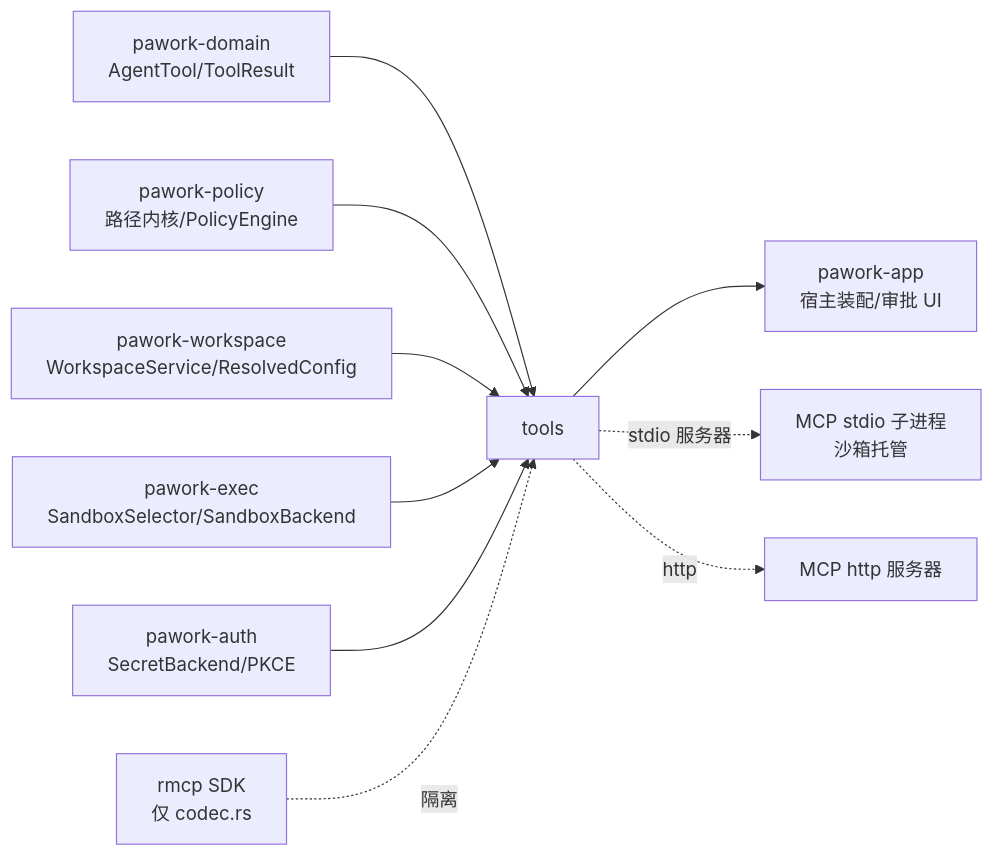
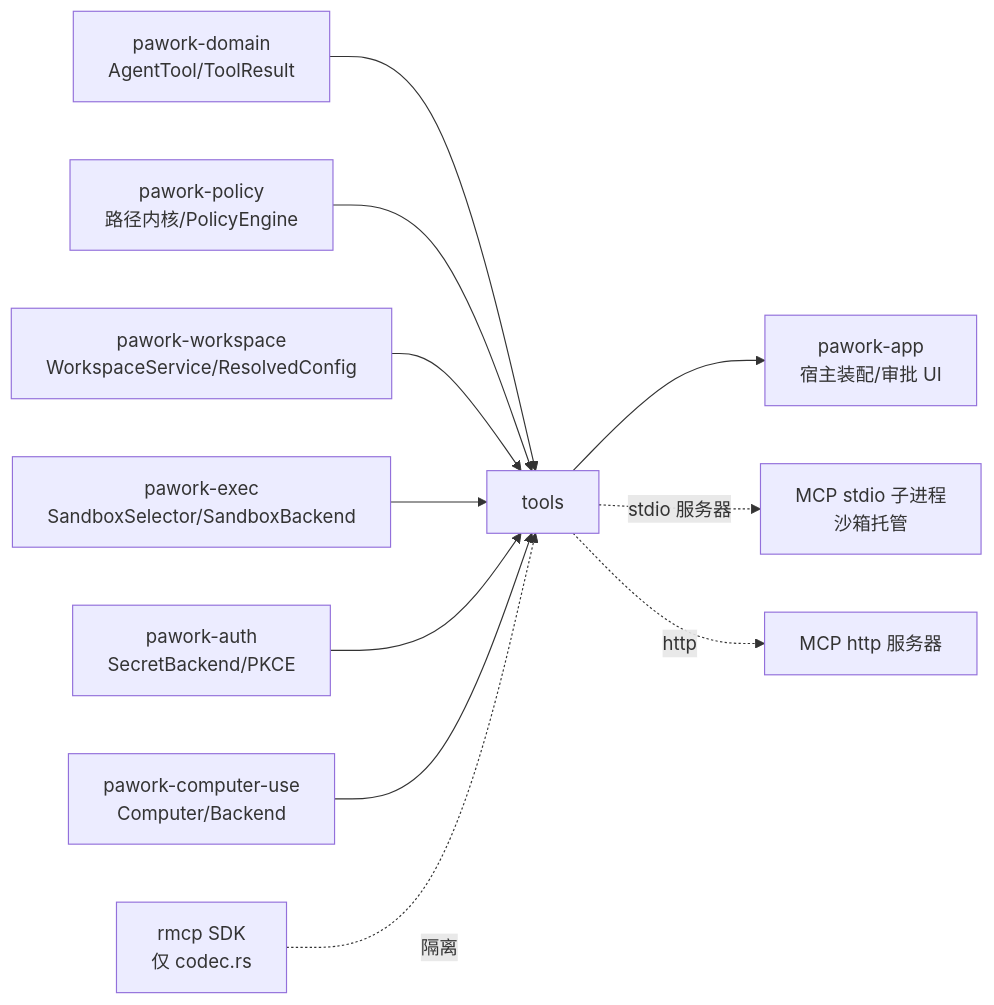
Before and after one commit to expcat/Pawork: the diagram in docs/review/backend/tools.md, drawn with Mermaid. The commit also changed other lines of this file and 139 other files, not shown here.

````diff
--- a/docs/review/backend/tools.md
+++ b/docs/review/backend/tools.md
@@ -268,12 +273,13 @@
 ```mermaid
 graph LR
     domain[pawork-domain<br/>AgentTool/ToolResult] --> tools
     policy[pawork-policy<br/>路径内核/PolicyEngine] --> tools
     workspace[pawork-workspace<br/>WorkspaceService/ResolvedConfig] --> tools
     exec[pawork-exec<br/>SandboxSelector/SandboxBackend] --> tools
     auth[pawork-auth<br/>SecretBackend/PKCE] --> tools
+    computeruse[pawork-computer-use<br/>Computer/Backend] --> tools
     tools --> app[pawork-app<br/>宿主装配/审批 UI]
     rmcp[rmcp SDK<br/>仅 codec.rs] -.隔离.-> tools
     tools -.stdio 服务器.-> MCPProc[MCP stdio 子进程<br/>沙箱托管]
     tools -.http.-> MCPSrv[MCP http 服务器]
 ```
````
